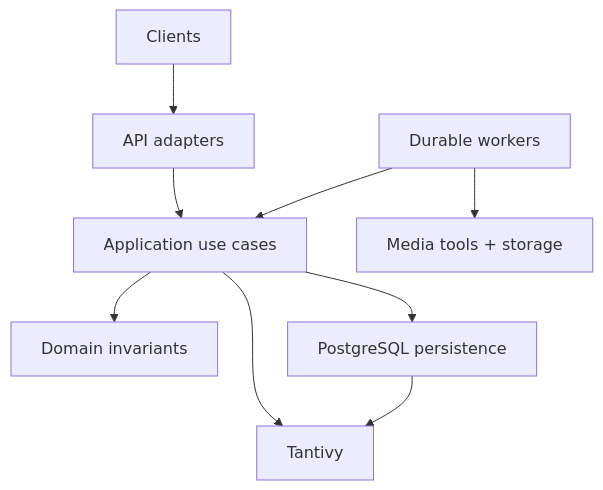
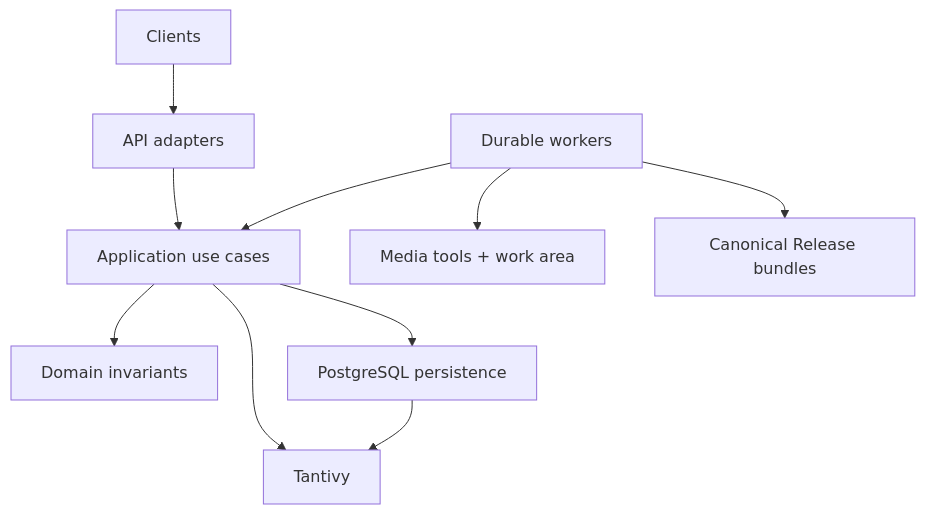
Before and after one commit to melodee-project/melodee-rs: the diagram in design/architecture/OVERVIEW.md, drawn with Mermaid. The commit also changed other lines of this file and 59 other files, not shown here.

First line of the commit message:
feat: Implement ADR-0116 for immutable Release IDs and convergent canonical publication

````diff
--- a/design/architecture/OVERVIEW.md
+++ b/design/architecture/OVERVIEW.md
@@ -6,18 +6,20 @@
 ```mermaid
 flowchart TB
     Clients[Clients]
     Adapters[API adapters]
     Application[Application use cases]
     Domain[Domain invariants]
     Persistence[PostgreSQL persistence]
     Workers[Durable workers]
-    Media[Media tools + storage]
+    Media[Media tools + work area]
+    Canonical[Canonical Release bundles]
     Search[Tantivy]
 
     Clients --> Adapters --> Application --> Domain
     Application --> Persistence
     Workers --> Application
     Workers --> Media
+    Workers --> Canonical
     Application --> Search
     Persistence --> Search
 ```
````
